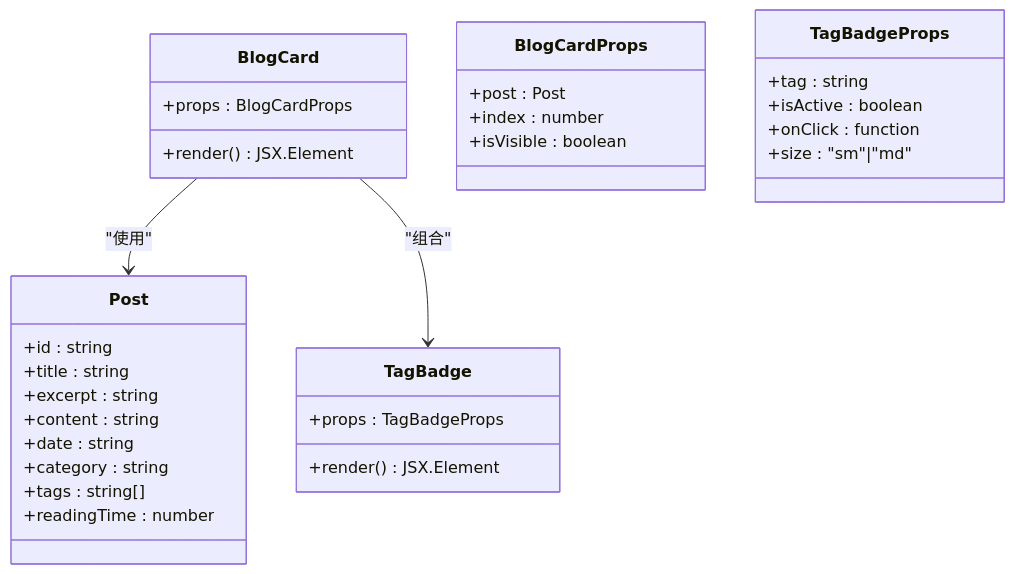
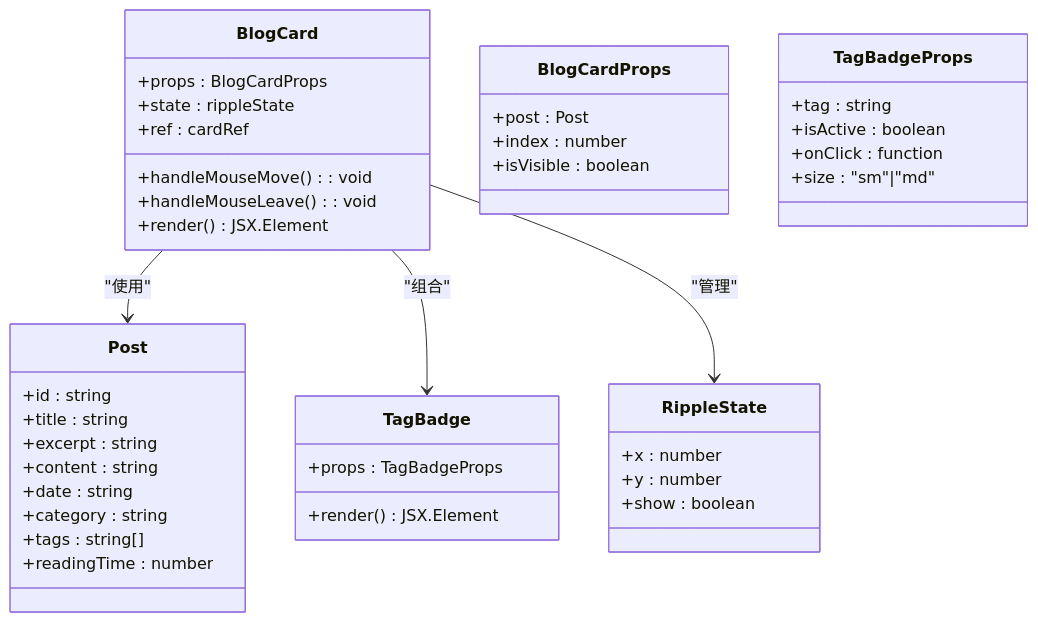
One commit to InfSky-233/B02 changed the third of 7 diagrams in .qoder/repowiki/zh/content/组件系统/博客卡片组件 (BlogCard).md. Above: the diagram before and after it, drawn with Mermaid. The commit also changed other lines of this file and 12 other files, not shown here.

````diff
--- a/.qoder/repowiki/zh/content/组件系统/博客卡片组件 (BlogCard).md
+++ b/.qoder/repowiki/zh/content/组件系统/博客卡片组件 (BlogCard).md
@@ -151,34 +166,44 @@
 ```mermaid
 classDiagram
 class BlogCard {
 +props : BlogCardProps
++state : rippleState
++ref : cardRef
++handleMouseMove() : void
++handleMouseLeave() : void
 +render() JSX.Element
 }
 class BlogCardProps {
 +post : Post
 +index : number
 +isVisible : boolean
+}
+class RippleState {
++x : number
++y : number
++show : boolean
 }
 class Post {
 +id : string
 +title : string
 +excerpt : string
 +content : string
 +date : string
 +category : string
 +tags : string[]
 +readingTime : number
 }
 class TagBadge {
 +props : TagBadgeProps
 +render() JSX.Element
 }
 class TagBadgeProps {
 +tag : string
 +isActive : boolean
 +onClick : function
 +size : "sm"|"md"
 }
 BlogCard --> Post : "使用"
 BlogCard --> TagBadge : "组合"
+BlogCard --> RippleState : "管理"
 ```
````
